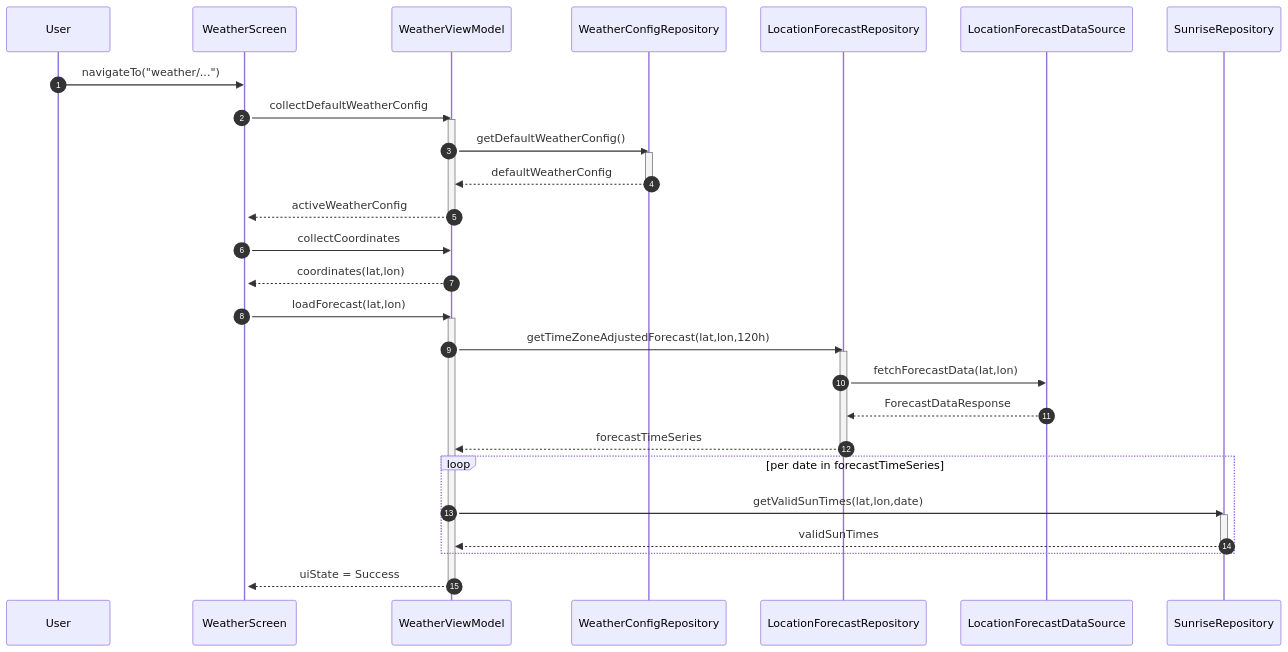
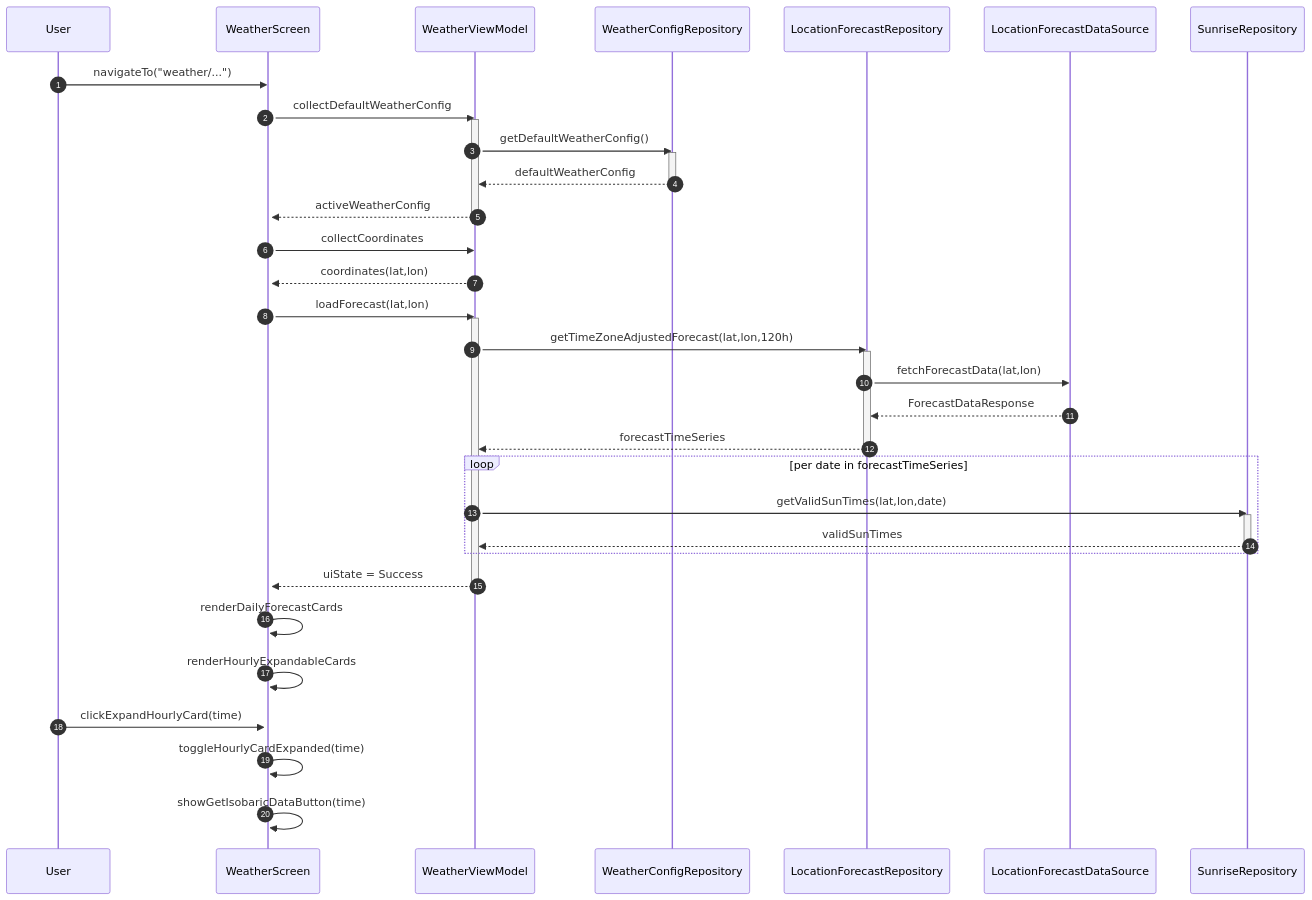
Before and after one commit to insaafmah/SOAR: the first of 3 diagrams in MODELING.md, drawn with Mermaid. The commit also changed other lines of this file, not shown here.

````diff
--- a/MODELING.md
+++ b/MODELING.md
@@ -2,43 +9,52 @@
 ```mermaid
 sequenceDiagram
     autonumber
     participant User
     participant WeatherUI as WeatherScreen
     participant WeatherVM as WeatherViewModel
     participant ConfigRepo as WeatherConfigRepository
     participant LocRepo as LocationForecastRepository
     participant ForecastDS as LocationForecastDataSource
     participant SunriseRepo as SunriseRepository
 
     %% Initial navigation & config load
     User->>WeatherUI: navigateTo("weather/...")  
     activate WeatherUI
     WeatherUI->>WeatherVM: collectDefaultWeatherConfig  
     activate WeatherVM
     WeatherVM->>ConfigRepo: getDefaultWeatherConfig()  
     activate ConfigRepo
     ConfigRepo-->>WeatherVM: defaultWeatherConfig  
     deactivate ConfigRepo
     WeatherVM-->>WeatherUI: activeWeatherConfig  
     deactivate WeatherVM
 
     %% Coordinates & forecast load
     WeatherUI->>WeatherVM: collectCoordinates  
     WeatherVM-->>WeatherUI: coordinates(lat,lon)  
     WeatherUI->>WeatherVM: loadForecast(lat,lon)  
     activate WeatherVM
     WeatherVM->>LocRepo: getTimeZoneAdjustedForecast(lat,lon,120h)  
     activate LocRepo
     LocRepo->>ForecastDS: fetchForecastData(lat,lon)  
     ForecastDS-->>LocRepo: ForecastDataResponse  
     LocRepo-->>WeatherVM: forecastTimeSeries  
     deactivate LocRepo
     loop per date in forecastTimeSeries
         WeatherVM->>SunriseRepo: getValidSunTimes(lat,lon,date)  
         activate SunriseRepo
         SunriseRepo-->>WeatherVM: validSunTimes  
         deactivate SunriseRepo
     end
     WeatherVM-->>WeatherUI: uiState = Success  
     deactivate WeatherVM
+
+    %% Render forecast cards
+    WeatherUI->>WeatherUI: renderDailyForecastCards  
+    WeatherUI->>WeatherUI: renderHourlyExpandableCards  
+
+    %% Hourly card initial state
+    User->>WeatherUI: clickExpandHourlyCard(time)  
+    WeatherUI->>WeatherUI: toggleHourlyCardExpanded(time)  
+    WeatherUI->>WeatherUI: showGetIsobaricDataButton(time) 
 ```
````
